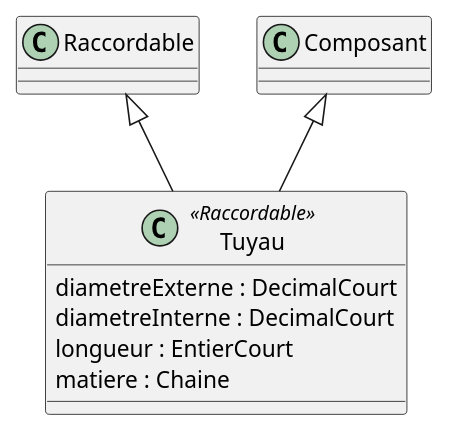
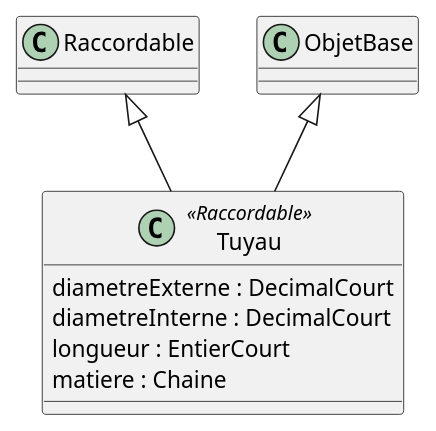
The diagram in tuyau.iuml (beerfactory/brewbox-uml), drawn with PlantUML before and after one commit. The commit also changed 2 other files, not shown here.

```diff
--- a/tuyau.iuml
+++ b/tuyau.iuml
@@ -1,9 +1,9 @@
 class Tuyau <<Raccordable>> {
     diametreExterne : DecimalCourt
     diametreInterne : DecimalCourt
     longueur : EntierCourt
     matiere : Chaine
 }
 
 Raccordable <|-- Tuyau
-Composant <|-- Tuyau
+ObjetBase <|-- Tuyau
```
